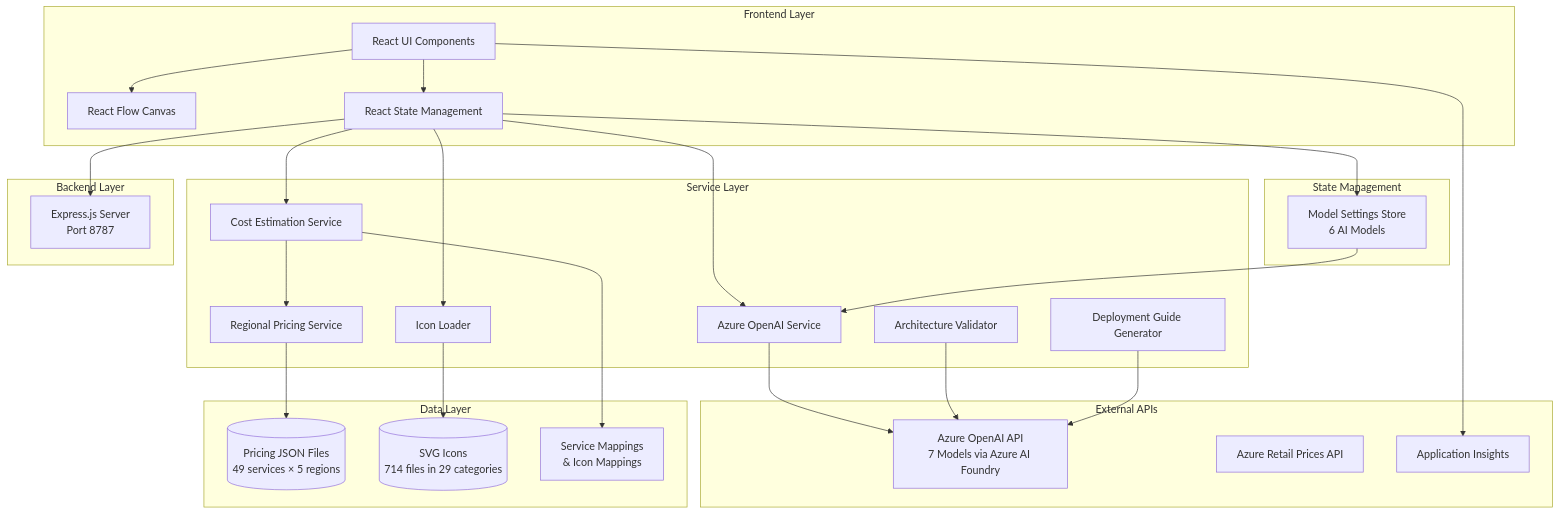
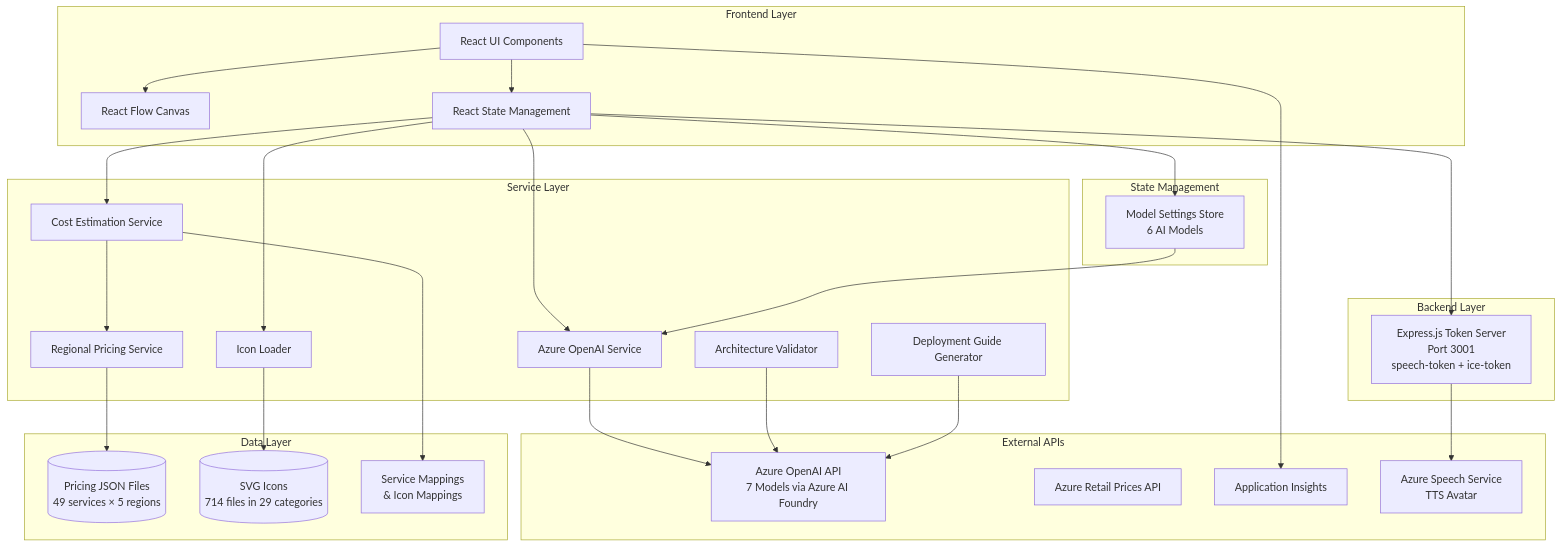
One commit to Arturo-Quiroga-MSFT/azure-architecture-diagram-builder changed the first of 4 diagrams in DOCS/ARCHITECTURE.md. Above: the diagram before and after it, drawn with Mermaid. The commit also changed other lines of this file and 4 other files, not shown here.

First line of the commit message:
feat: add talking avatar presenter with keyless Speech auth

````diff
--- a/DOCS/ARCHITECTURE.md
+++ b/DOCS/ARCHITECTURE.md
@@ -11,54 +11,56 @@
 ```mermaid
 graph TB
     subgraph "Frontend Layer"
         UI[React UI Components]
         RF[React Flow Canvas]
         State[React State Management]
     end
     
     subgraph "Service Layer"
         AI[Azure OpenAI Service]
         Pricing[Cost Estimation Service]
         Regional[Regional Pricing Service]
         Icons[Icon Loader]
         Validator[Architecture Validator]
         DeployGen[Deployment Guide Generator]
     end
     
     subgraph "State Management"
         ModelStore[Model Settings Store<br/>6 AI Models]
     end
     
     subgraph "Data Layer"
         PricingData[(Pricing JSON Files<br/>49 services × 5 regions)]
         IconData[(SVG Icons<br/>714 files in 29 categories)]
         Mappings[Service Mappings<br/>& Icon Mappings]
     end
     
     subgraph "Backend Layer"
-        Server[Express.js Server<br/>Port 8787]
+        TokenServer[Express.js Token Server<br/>Port 3001<br/>speech-token + ice-token]
     end
     
     subgraph "External APIs"
         OpenAI[Azure OpenAI API<br/>7 Models via Azure AI Foundry]
         AzureAPI[Azure Retail Prices API]
         AppInsightsAPI[Application Insights]
+        SpeechAPI[Azure Speech Service<br/>TTS Avatar]
     end
     
     UI --> RF
     UI --> State
     State --> ModelStore
     State --> AI
     State --> Pricing
     State --> Icons
     AI --> OpenAI
     ModelStore --> AI
     Pricing --> Regional
     Regional --> PricingData
     Icons --> IconData
     Pricing --> Mappings
     Validator --> OpenAI
     DeployGen --> OpenAI
-    State --> Server
+    State --> TokenServer
+    TokenServer --> SpeechAPI
     UI --> AppInsightsAPI
 ```
````
